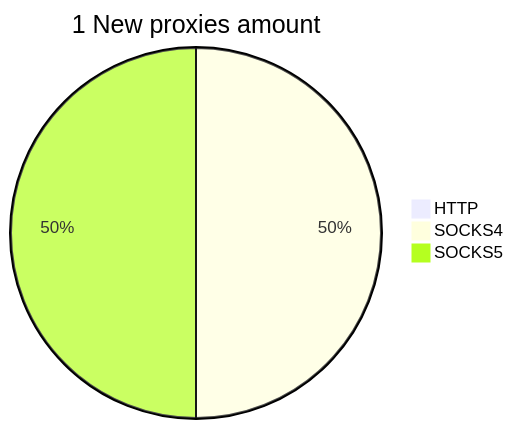
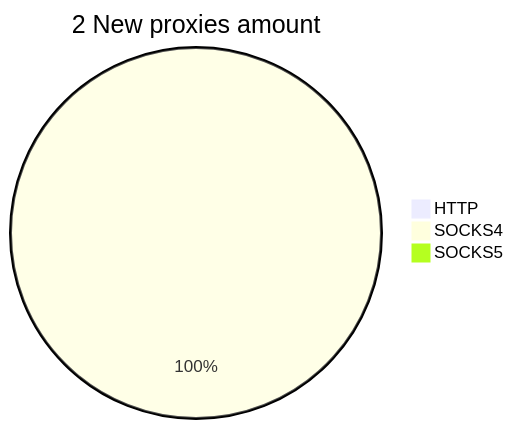
The second of 2 diagrams in README.md (cutipu/proxylist), drawn with Mermaid before and after one commit. The commit also changed other lines of this file, not shown here.

````diff
--- a/README.md
+++ b/README.md
@@ -10,6 +10,6 @@
 ```mermaid
-pie title 1 New proxies amount
+pie title 2 New proxies amount
     "HTTP" : 0
-    "SOCKS4" : 1
-    "SOCKS5" : 1
+    "SOCKS4" : 2
+    "SOCKS5" : 0
 ```
````
